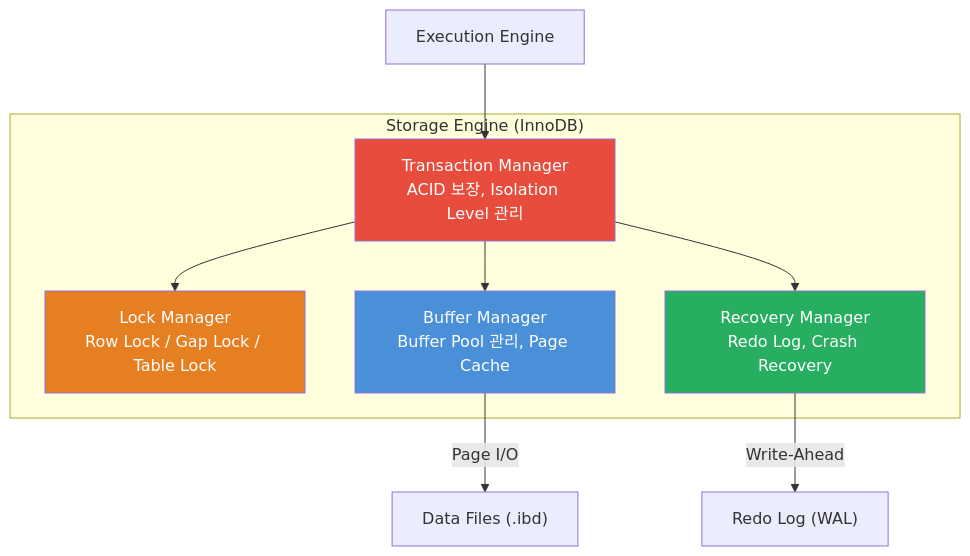
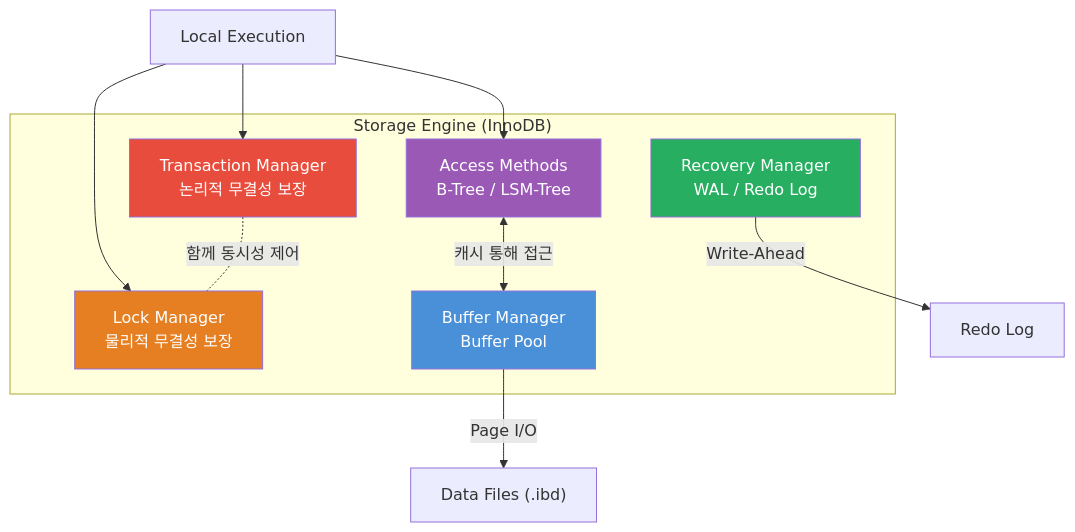
One commit to wlghsp/dev-notes changed the third of 3 diagrams in db-internals/db-dbms-architecture.md. Above: the diagram before and after it, drawn with Mermaid. The commit also changed other lines of this file, not shown here.

````diff
--- a/db-internals/db-dbms-architecture.md
+++ b/db-internals/db-dbms-architecture.md
@@ -139,26 +183,29 @@
 ```mermaid
 graph TD
-    EE["Execution Engine"]
+    EE["Local Execution"]
 
     subgraph SE["Storage Engine (InnoDB)"]
-        TM["Transaction Manager<br/>ACID 보장, Isolation Level 관리"]
-        LM["Lock Manager<br/>Row Lock / Gap Lock / Table Lock"]
-        BM["Buffer Manager<br/>Buffer Pool 관리, Page Cache"]
-        RM["Recovery Manager<br/>Redo Log, Crash Recovery"]
+        TM["Transaction Manager<br/>논리적 무결성 보장"]
+        LK["Lock Manager<br/>물리적 무결성 보장"]
+        AM["Access Methods<br/>B-Tree / LSM-Tree"]
+        BM["Buffer Manager<br/>Buffer Pool"]
+        RM["Recovery Manager<br/>WAL / Redo Log"]
     end
 
     DATA["Data Files (.ibd)"]
-    LOG["Redo Log (WAL)"]
+    LOG["Redo Log"]
 
     EE --> TM
-    TM --> LM
-    TM --> BM
-    TM --> RM
+    EE --> LK
+    TM -.-|함께 동시성 제어| LK
+    EE --> AM
+    AM <-->|캐시 통해 접근| BM
     BM -->|Page I/O| DATA
     RM -->|Write-Ahead| LOG
 
     style TM fill:#e74c3c,color:#fff
-    style LM fill:#e67e22,color:#fff
+    style LK fill:#e67e22,color:#fff
+    style AM fill:#9b59b6,color:#fff
     style BM fill:#4a90d9,color:#fff
     style RM fill:#27ae60,color:#fff
 ```
````
